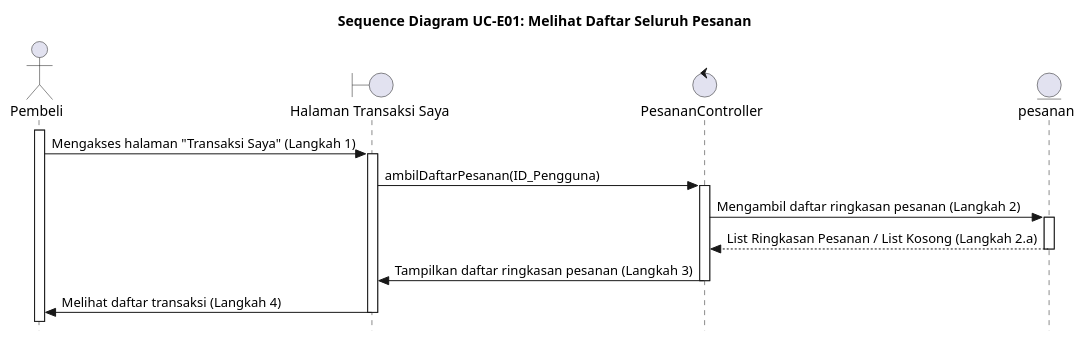
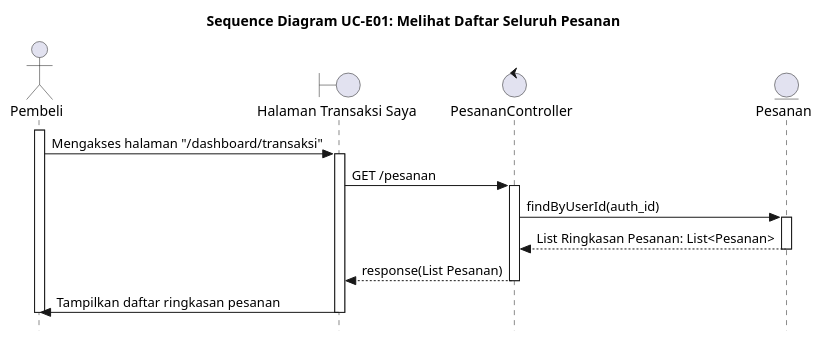
The diagram in UC-E01.PUML (alfiahnurfa/RSI-PROYEK-AKHIR-SEQUENCE), drawn with PlantUML before and after one commit. The commit also changed 60 other files, not shown here.

```diff
--- a/UC-E01.PUML
+++ b/UC-E01.PUML
@@ -1,45 +1,29 @@
 @startuml SD-UC-E01_MelihatDaftarPesanan
 title Sequence Diagram UC-E01: Melihat Daftar Seluruh Pesanan
 skinparam style strictuml
 
 actor Pembeli
 boundary HalamanTransaksi as "Halaman Transaksi Saya"
 control PesananController
-entity pesanan
-
-' box "Sistem Riwayat Pesanan"
-'     participant HalamanTransaksi
-'     participant PesananController
-' end box
+entity Pesanan
 
 activate Pembeli
-Pembeli -> HalamanTransaksi : Mengakses halaman "Transaksi Saya" (Langkah 1)
+Pembeli -> HalamanTransaksi : Mengakses halaman "/dashboard/transaksi"
 activate HalamanTransaksi
 
-HalamanTransaksi -> PesananController : ambilDaftarPesanan(ID_Pengguna)
+HalamanTransaksi -> PesananController : GET /pesanan
 activate PesananController
 
-PesananController -> pesanan : Mengambil daftar ringkasan pesanan (Langkah 2)
-activate pesanan
-return List Ringkasan Pesanan / List Kosong (Langkah 2.a)
-deactivate pesanan
+PesananController -> Pesanan : findByUserId(auth_id)
+activate Pesanan
+Pesanan --> PesananController : List Ringkasan Pesanan: List<Pesanan>
+deactivate Pesanan
 
-PesananController -> HalamanTransaksi : Tampilkan daftar ringkasan pesanan (Langkah 3)
+PesananController --> HalamanTransaksi : response(List Pesanan)
 deactivate PesananController
 
-HalamanTransaksi -> Pembeli : Melihat daftar transaksi (Langkah 4)
-
-' alt Jika Riwayat Ditemukan (Main Flow)
-
-' else Jika Riwayat Kosong (Alternative Flow 2.a)
-'     note over PesananController
-'         List Pesanan Kosong
-'     end note
-'     PesananController -> HalamanTransaksi : Tampilkan notifikasi("Anda belum memiliki riwayat transaksi.") (Langkah 3.a)
-'     deactivate PesananController
-    
-'     HalamanTransaksi -> Pembeli : Menerima notifikasi riwayat kosong (Langkah 4)
-' end alt
+HalamanTransaksi -> Pembeli : Tampilkan daftar ringkasan pesanan
 deactivate HalamanTransaksi
+deactivate Pembeli
 
 @enduml
```
